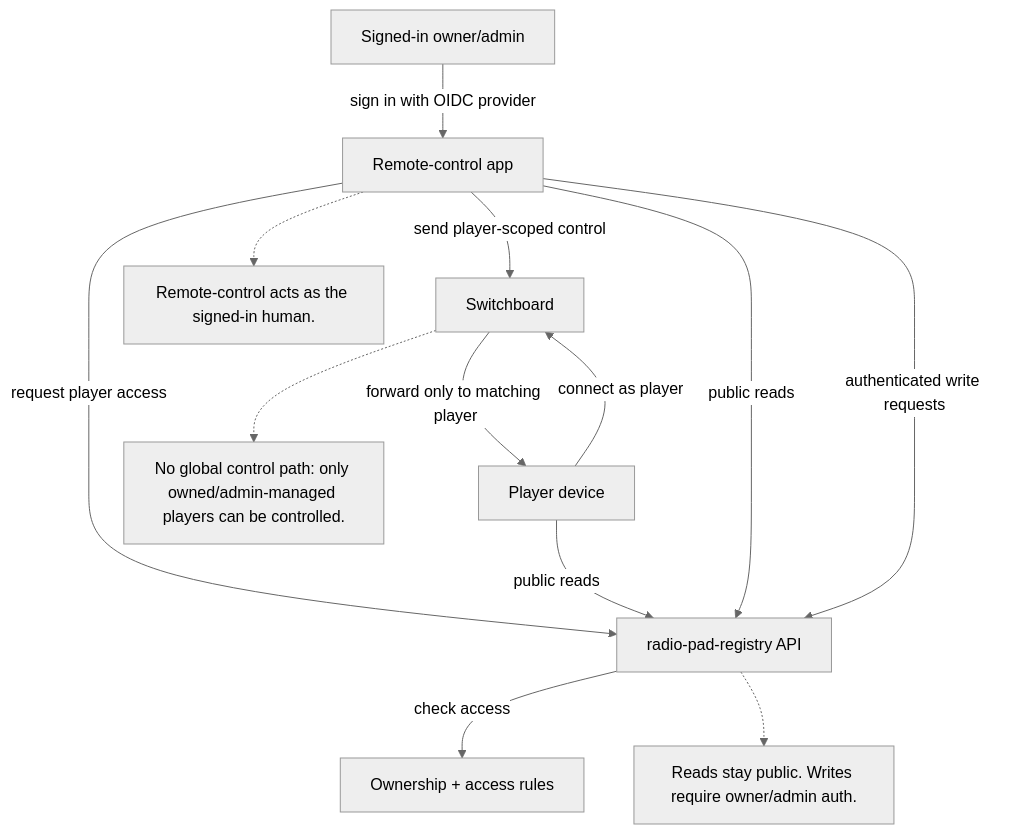
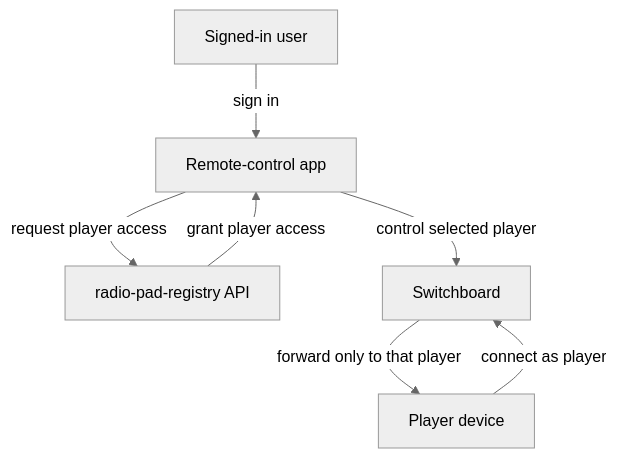
The second of 2 diagrams in README.md (briceburg/radio-pad), drawn with Mermaid (neutral theme) before and after one commit. The commit also changed other lines of this file, not shown here.

Commit message:
simplify auth diagram

````diff
--- a/README.md
+++ b/README.md
@@ -71,28 +71,15 @@
 ```mermaid
 flowchart TD
-    Human["Signed-in owner/admin"]
+    Human["Signed-in user"]
     Remote["Remote-control app"]
+    Registry["radio-pad-registry API"]
     Switchboard["Switchboard"]
     Player["Player device"]
-    Registry["radio-pad-registry API"]
-    Access["Ownership + access rules"]
 
-    Human -->|"sign in with OIDC provider"| Remote
+    Human -->|"sign in"| Remote
     Remote -->|"request player access"| Registry
-    Registry -->|"check access"| Access
-    Remote -->|"send player-scoped control"| Switchboard
+    Registry -->|"grant player access"| Remote
+    Remote -->|"control selected player"| Switchboard
     Player -->|"connect as player"| Switchboard
-    Switchboard -->|"forward only to matching player"| Player
-
-    Player -->|"public reads"| Registry
-    Remote -->|"public reads"| Registry
-    Remote -->|"authenticated write requests"| Registry
-
-    Note1["Remote-control acts as the signed-in human."]
-    Note2["Reads stay public. Writes require owner/admin auth."]
-    Note3["No global control path: only owned/admin-managed players can be controlled."]
-
-    Remote -.-> Note1
-    Registry -.-> Note2
-    Switchboard -.-> Note3
+    Switchboard -->|"forward only to that player"| Player
 ```
````
